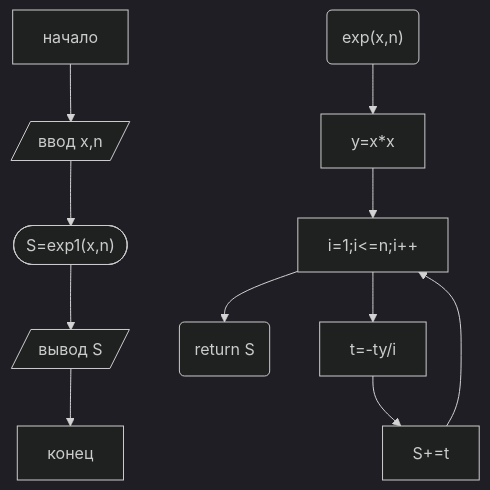
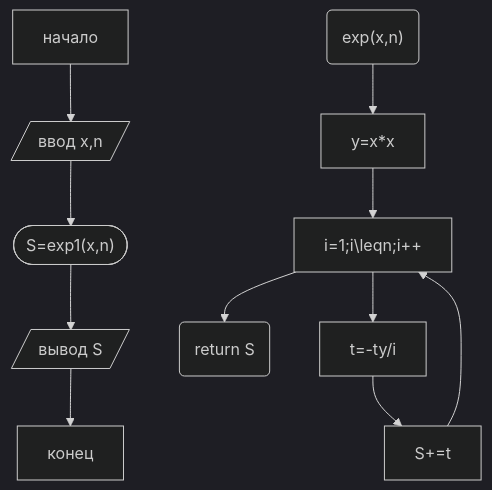
One commit to mephi-tex/mephi-tex changed the eighth of 8 diagrams in docs/IVT/Инф.md. Above: the diagram before and after it, drawn with Mermaid (dark theme). The commit also changed other lines of this file and 9 other files, not shown here.

````diff
--- a/docs/IVT/Инф.md
+++ b/docs/IVT/Инф.md
@@ -411,6 +415,6 @@
-```mermaid
-flowchart TB
-	n[начало] --> b[/ввод x,n/] --> c(["S=exp1(x,n)"]) --> d[/вывод S/] --> e[конец];
-	ss("exp(x,n)") --> dd[y=x*x] --> ee["i=1;i<=n;i++"] --> hh(return S);
-	ee --> ff[t=-ty/i] --> gg[S+=t] --> ee;
-```
+```mermaid  
+flowchart TB  
+	n[начало] --> b[/ввод x,n/] --> c(["S=exp1(x,n)"]) --> d[/вывод S/] --> e[конец];  
+	ss("exp(x,n)") --> dd[y=x*x] --> ee["i=1;i\leqn;i++"] --> hh(return S);  
+	ee --> ff[t=-ty/i] --> gg[S+=t] --> ee;  
+```  
````
